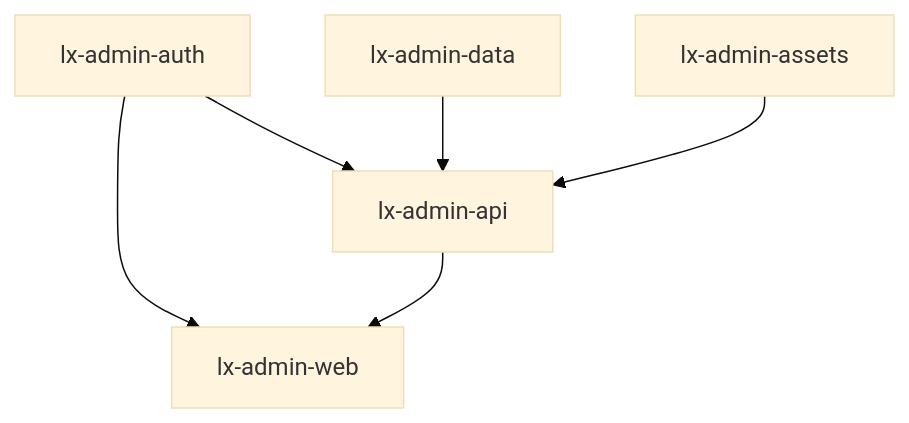
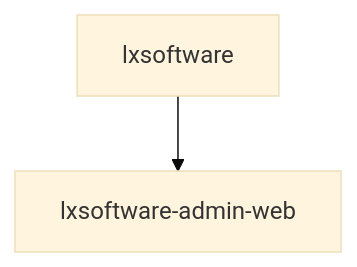
The second of 2 diagrams in docs/architecture/admin-overview.md (lcacchiani/lx-software), drawn with Mermaid (base theme) before and after one commit. The commit also changed other lines of this file and 13 other files, not shown here.

First line of the commit message:
infra: consolidate admin stacks into lxsoftware + lxsoftware-admin-web (#78)

````diff
--- a/docs/architecture/admin-overview.md
+++ b/docs/architecture/admin-overview.md
@@ -35,13 +35,6 @@
 ```mermaid
 flowchart TD
-  A[lx-admin-auth]
-  B[lx-admin-data]
-  C[lx-admin-assets]
-  D[lx-admin-api]
-  W[lx-admin-web]
-  A --> D
-  B --> D
-  C --> D
-  A --> W
-  D --> W
+  L[lxsoftware]
+  W[lxsoftware-admin-web]
+  L --> W
 ```
````
